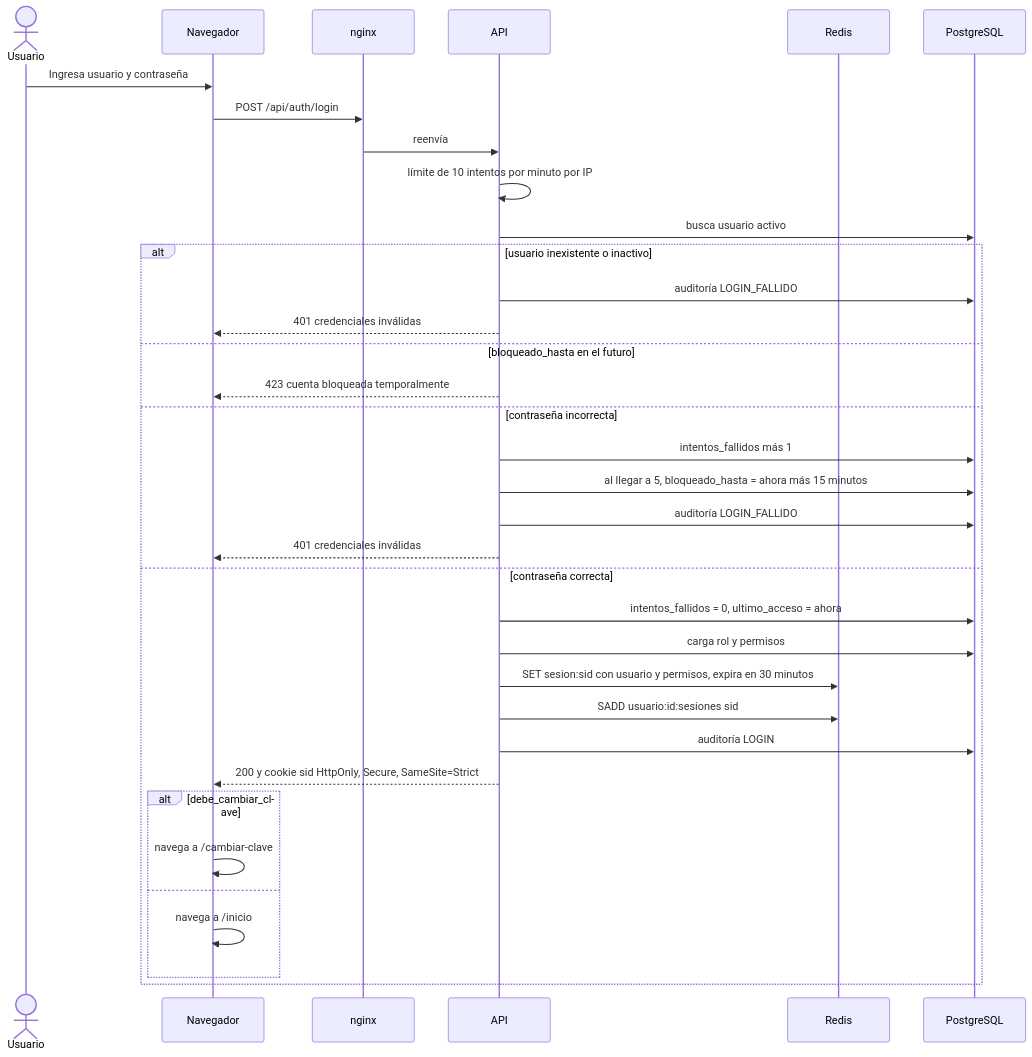
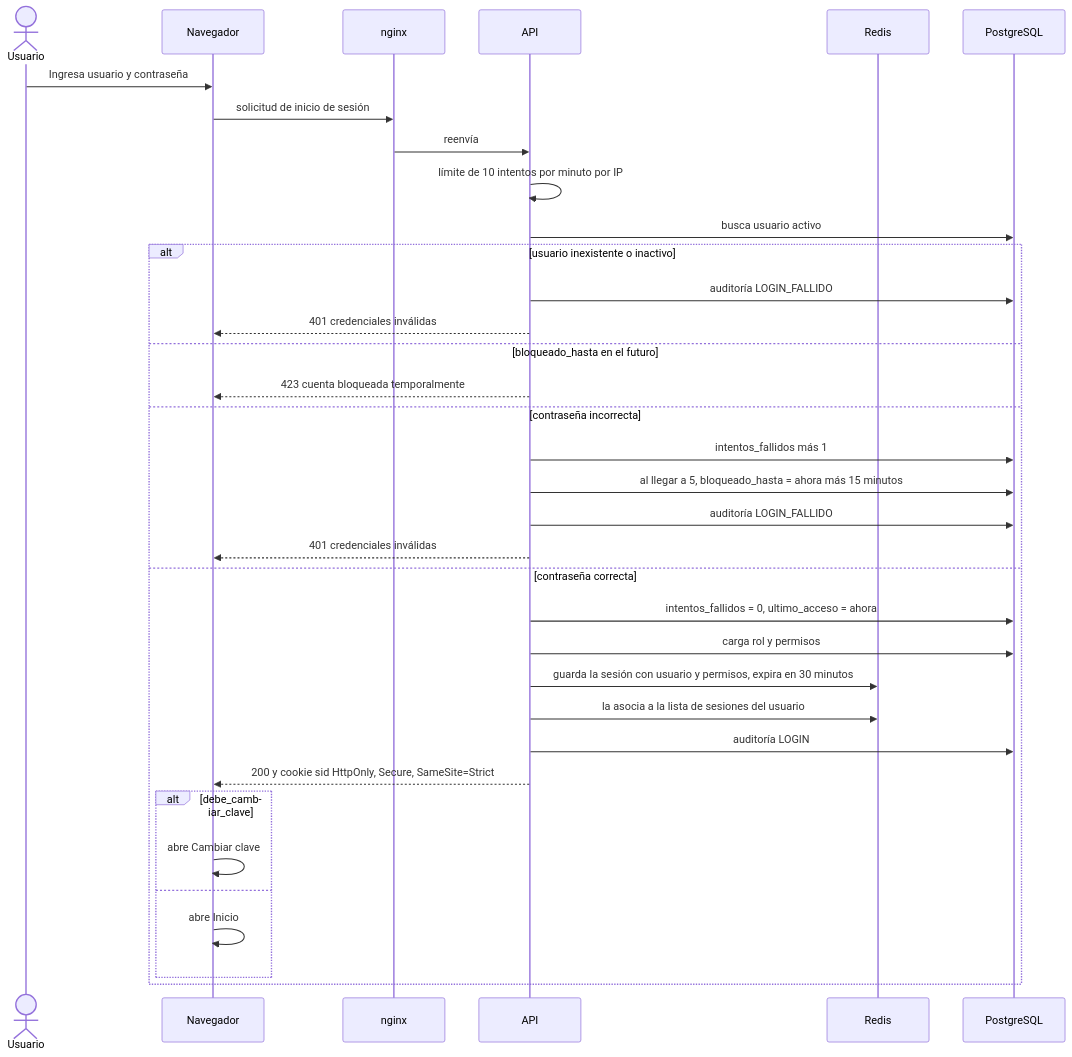
Before and after one commit to Jose27luis/legajo: the ninth of 21 diagrams in README.md, drawn with Mermaid. The commit also changed other lines of this file, not shown here.

Commit message:
docs: quita la estructura del repositorio y las rutas del README

````diff
--- a/README.md
+++ b/README.md
@@ -763,38 +683,38 @@
 ```mermaid
 sequenceDiagram
     actor U as Usuario
     participant N as Navegador
     participant X as nginx
     participant A as API
     participant R as Redis
     participant P as PostgreSQL
 
     U->>N: Ingresa usuario y contraseña
-    N->>X: POST /api/auth/login
+    N->>X: solicitud de inicio de sesión
     X->>A: reenvía
     A->>A: límite de 10 intentos por minuto por IP
     A->>P: busca usuario activo
     alt usuario inexistente o inactivo
         A->>P: auditoría LOGIN_FALLIDO
         A-->>N: 401 credenciales inválidas
     else bloqueado_hasta en el futuro
         A-->>N: 423 cuenta bloqueada temporalmente
     else contraseña incorrecta
         A->>P: intentos_fallidos más 1
         A->>P: al llegar a 5, bloqueado_hasta = ahora más 15 minutos
         A->>P: auditoría LOGIN_FALLIDO
         A-->>N: 401 credenciales inválidas
     else contraseña correcta
         A->>P: intentos_fallidos = 0, ultimo_acceso = ahora
         A->>P: carga rol y permisos
-        A->>R: SET sesion:sid con usuario y permisos, expira en 30 minutos
-        A->>R: SADD usuario:id:sesiones sid
+        A->>R: guarda la sesión con usuario y permisos, expira en 30 minutos
+        A->>R: la asocia a la lista de sesiones del usuario
         A->>P: auditoría LOGIN
         A-->>N: 200 y cookie sid HttpOnly, Secure, SameSite=Strict
         alt debe_cambiar_clave
-            N->>N: navega a /cambiar-clave
+            N->>N: abre Cambiar clave
         else
-            N->>N: navega a /inicio
+            N->>N: abre Inicio
         end
     end
 ```
````
